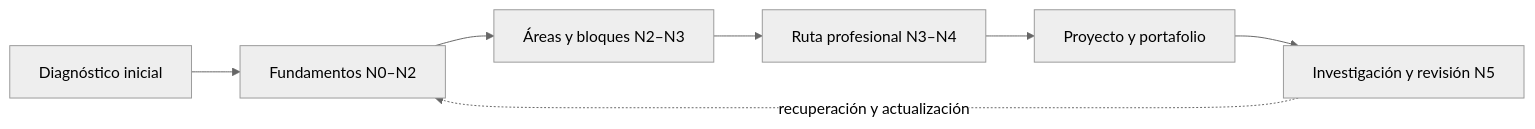
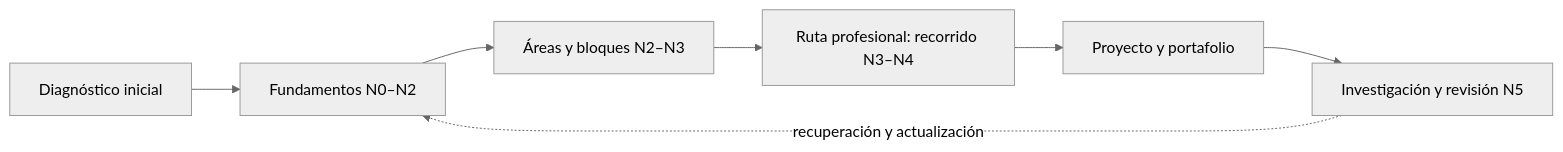
Before and after one commit to vladimiracunadev-create/astronomy-astrophysics-space-sciences-aerospace-engineering-learning-program: the diagram in README.md, drawn with Mermaid (neutral theme). The commit also changed other lines of this file and 414 other files, not shown here.

````diff
--- a/README.md
+++ b/README.md
@@ -63,9 +151,9 @@
 ```mermaid
 flowchart LR
     A["Diagnóstico inicial"] --> B["Fundamentos N0–N2"]
     B --> C["Áreas y bloques N2–N3"]
-    C --> D["Ruta profesional N3–N4"]
+    C --> D["Ruta profesional: recorrido N3–N4"]
     D --> E["Proyecto y portafolio"]
     E --> F["Investigación y revisión N5"]
     F -. "recuperación y actualización" .-> B
 ```
````
